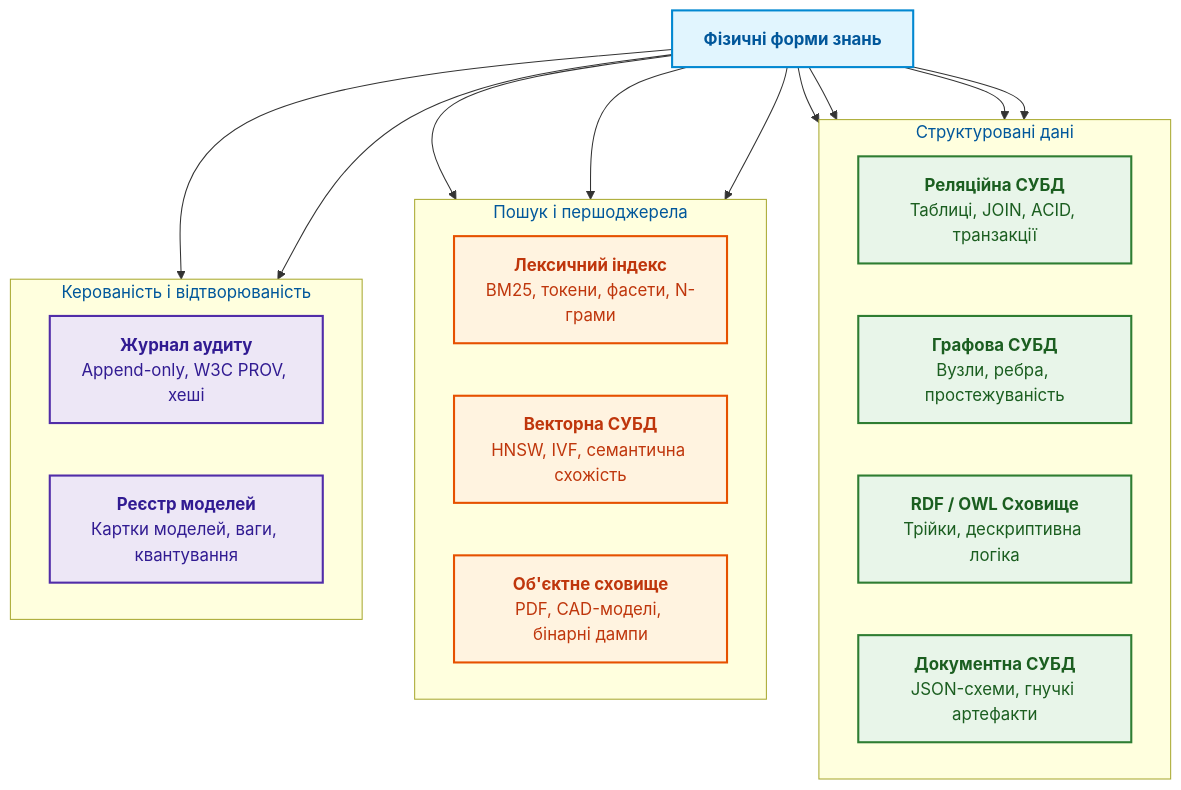
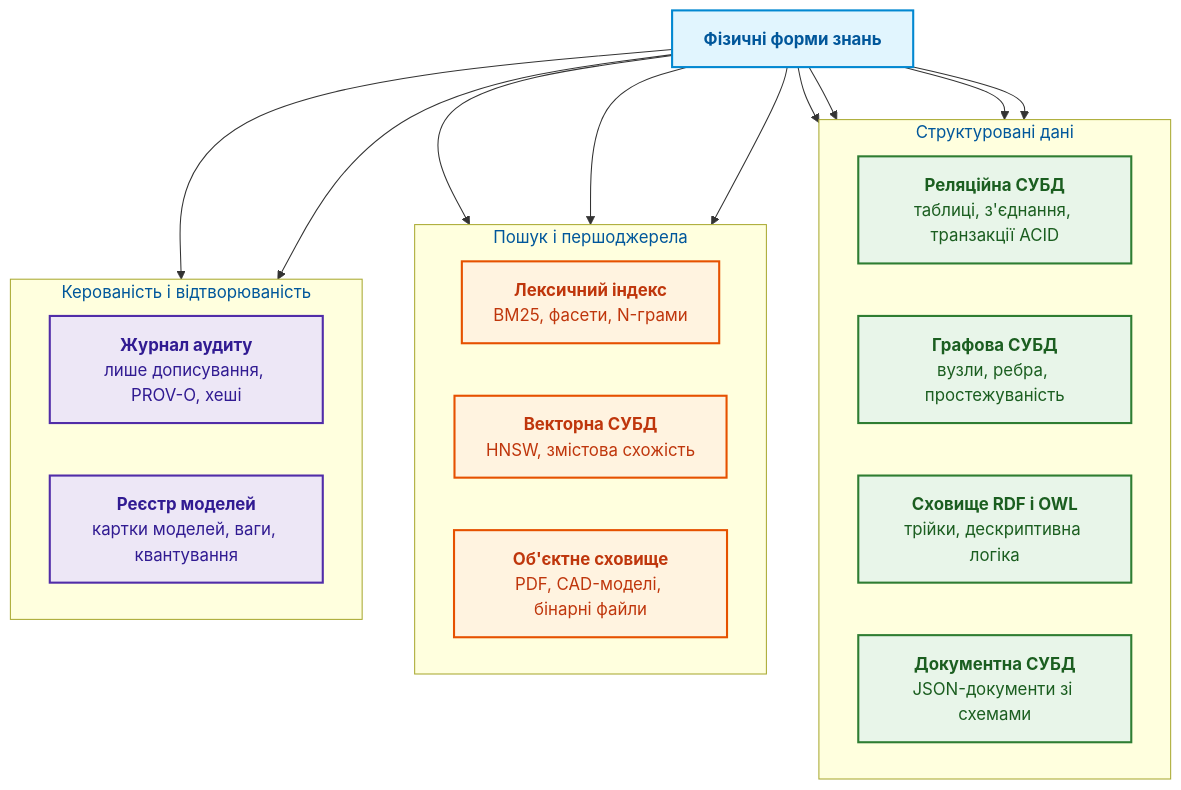
The first of 5 diagrams in ExpertSystem/ch16-expert-systems-architecture.md (nick-fedchik/articles), drawn with Mermaid before and after one commit. The commit also changed other lines of this file and 1 other file, not shown here.

````diff
--- a/ExpertSystem/ch16-expert-systems-architecture.md
+++ b/ExpertSystem/ch16-expert-systems-architecture.md
@@ -85,48 +62,42 @@
 ```mermaid
 flowchart TB
     accTitle: Фізичні форми зберігання знань
-    accDescr: Розподіл інженерних знань за трьома категоріями сховищ - структуровані дані, пошук та керованість.
+    accDescr: Інженерні знання розподілено між трьома групами сховищ: структуровані дані, пошук і першоджерела, керованість і відтворюваність.
 
     K["<b>Фізичні форми знань</b>"]
 
     subgraph Structured["Структуровані дані"]
         direction LR
-        R["<b>Реляційна СУБД</b><br/>Таблиці, JOIN, ACID, транзакції"]
-        G["<b>Графова СУБД</b><br/>Вузли, ребра, простежуваність"]
-        RDF["<b>RDF / OWL Сховище</b><br/>Трійки, дескриптивна логіка"]
-        D["<b>Документна СУБД</b><br/>JSON-схеми, гнучкі артефакти"]
+        R["<b>Реляційна СУБД</b><br/>таблиці, з'єднання, транзакції ACID"]
+        G["<b>Графова СУБД</b><br/>вузли, ребра, простежуваність"]
+        RDF["<b>Сховище RDF і OWL</b><br/>трійки, дескриптивна логіка"]
+        D["<b>Документна СУБД</b><br/>JSON-документи зі схемами"]
     end
 
     subgraph Retrieval["Пошук і першоджерела"]
         direction LR
-        S["<b>Лексичний індекс</b><br/>BM25, токени, фасети, N-грами"]
-        V["<b>Векторна СУБД</b><br/>HNSW, IVF, семантична схожість"]
-        O["<b>Об'єктне сховище</b><br/>PDF, CAD-моделі, бінарні дампи"]
+        S["<b>Лексичний індекс</b><br/>BM25, фасети, N-грами"]
+        V["<b>Векторна СУБД</b><br/>HNSW, змістова схожість"]
+        O["<b>Об'єктне сховище</b><br/>PDF, CAD-моделі, бінарні файли"]
     end
 
     subgraph Governance["Керованість і відтворюваність"]
         direction LR
-        A["<b>Журнал аудиту</b><br/>Append-only, W3C PROV, хеші"]
-        M["<b>Реєстр моделей</b><br/>Картки моделей, ваги, квантування"]
+        A["<b>Журнал аудиту</b><br/>лише дописування, PROV-O, хеші"]
+        M["<b>Реєстр моделей</b><br/>картки моделей, ваги, квантування"]
     end
 
-    K --> R
-    K --> G
-    K --> RDF
-    K --> D
-    K --> S
-    K --> V
-    K --> O
-    K --> A
-    K --> M
+    K --> R & G & RDF & D
+    K --> S & V & O
+    K --> A & M
 
     classDef root fill:#e1f5fe,stroke:#0288d1,stroke-width:2px,color:#01579b;
     classDef struct fill:#e8f5e9,stroke:#2e7d32,stroke-width:2px,color:#1b5e20;
     classDef retr fill:#fff3e0,stroke:#e65100,stroke-width:2px,color:#bf360c;
     classDef gov fill:#ede7f6,stroke:#512da8,stroke-width:2px,color:#311b92;
 
     class K root;
     class R,G,RDF,D struct;
     class S,V,O retr;
     class A,M gov;
 ```
````
